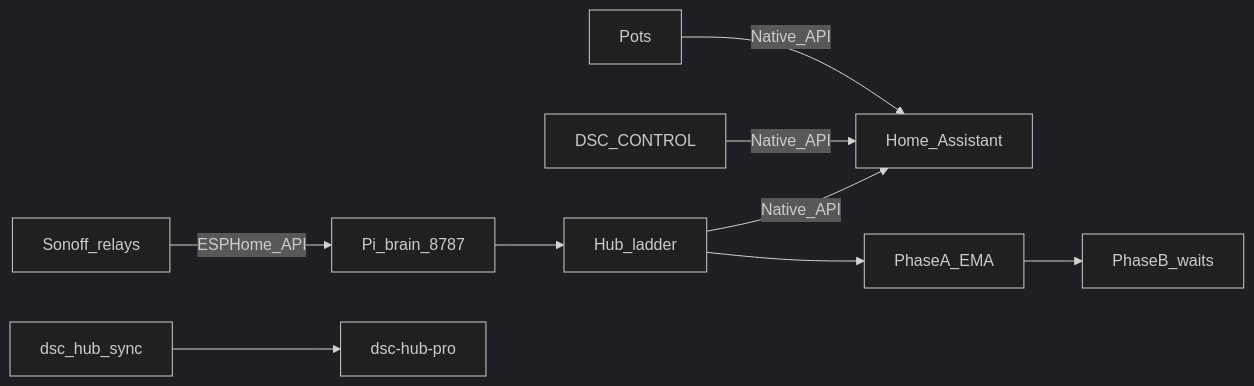
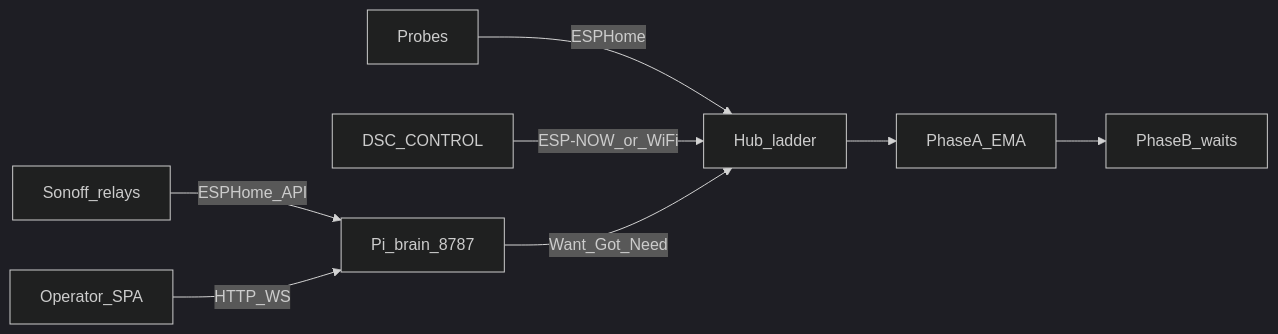
Before and after one commit to weddas/DSC-HUB: the diagram in README.md, drawn with Mermaid (dark theme). The commit also changed other lines of this file and 447 other files, not shown here.

First line of the commit message:
release: DSC-HUB 8.0.0 AlphaPi — Pi-only kit + SD bake

````diff
--- a/README.md
+++ b/README.md
@@ -33,10 +27,9 @@
 ```mermaid
 flowchart LR
-  Pots[Pots] -->|Native_API| HA[Home_Assistant]
-  Panel[DSC_CONTROL] -->|Native_API| HA
-  Hub[Hub_ladder] -->|Native_API| HA
+  Probes[Probes] -->|ESPHome| Hub[Hub_ladder]
+  Panel[DSC_CONTROL] -->|ESP-NOW_or_WiFi| Hub
   Sonoffs[Sonoff_relays] -->|ESPHome_API| Brain[Pi_brain_8787]
-  Brain --> Hub
+  Brain -->|Want_Got_Need| Hub
   Hub --> LearnA[PhaseA_EMA] --> LearnB[PhaseB_waits]
-  Sync[dsc_hub_sync] --> Pro[dsc-hub-pro]
+  SPA[Operator_SPA] -->|HTTP_WS| Brain
 ```
````
